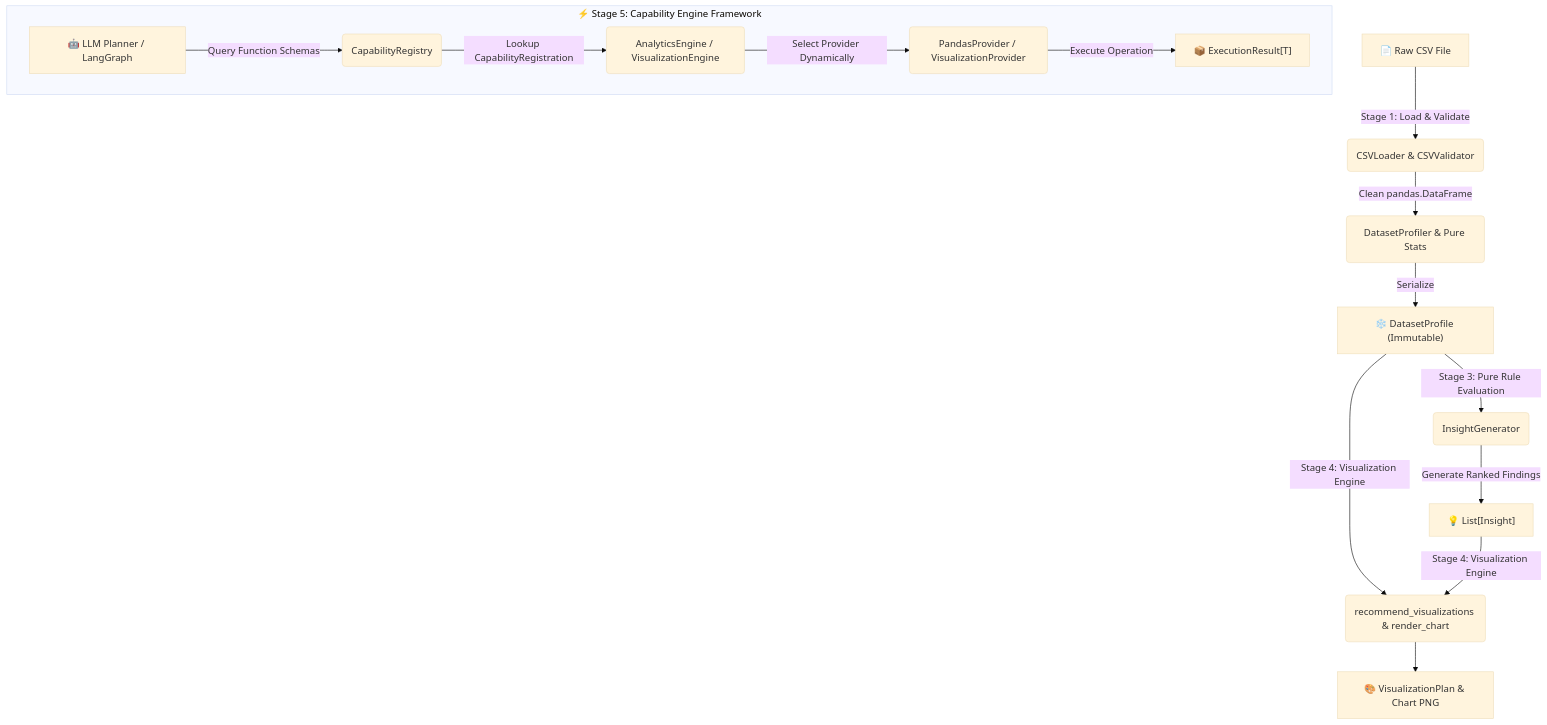
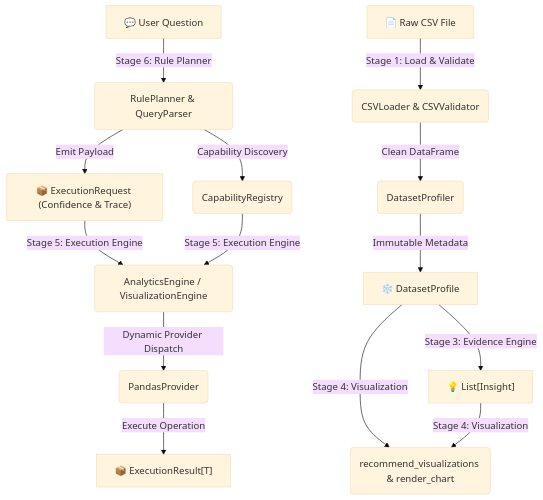
Before and after one commit to Vishaldave45/CSV-Analytics-Agent: the diagram in README.md, drawn with Mermaid (base theme). The commit also changed other lines of this file and 14 other files, not shown here.

Commit message:
feat(planner): implement deterministic rule-based planner

````diff
--- a/README.md
+++ b/README.md
@@ -45,17 +46,16 @@
 ```mermaid
 flowchart TD
-    A[📄 Raw CSV File] -->|Stage 1: Load & Validate| B(CSVLoader & CSVValidator)
-    B -->|Clean pandas.DataFrame| C(DatasetProfiler & Pure Stats)
-    C -->|Serialize| D["❄️ DatasetProfile (Immutable)"]
-    D -->|Stage 3: Pure Rule Evaluation| E(InsightGenerator)
-    E -->|Generate Ranked Findings| F["💡 List[Insight]"]
-    D & F -->|Stage 4: Visualization Engine| G(recommend_visualizations & render_chart)
-    G --> H["🎨 VisualizationPlan & Chart PNG"]
+    UserQuery["💬 User Question"] -->|Stage 6: Rule Planner| Planner(RulePlanner & QueryParser)
+    Planner -->|Capability Discovery| Reg(CapabilityRegistry)
+    Planner -->|Emit Payload| ExecReq["📦 ExecutionRequest (Confidence & Trace)"]
     
-    subgraph STAGE_5 ["⚡ Stage 5: Capability Engine Framework"]
-        I["🤖 LLM Planner / LangGraph"] -->|Query Function Schemas| J(CapabilityRegistry)
-        J -->|Lookup CapabilityRegistration| K(AnalyticsEngine / VisualizationEngine)
-        K -->|Select Provider Dynamically| L(PandasProvider / VisualizationProvider)
-        L -->|Execute Operation| M["📦 ExecutionResult[T]"]
-    end
+    RawCSV[📄 Raw CSV File] -->|Stage 1: Load & Validate| Loader(CSVLoader & CSVValidator)
+    Loader -->|Clean DataFrame| Profiler(DatasetProfiler)
+    Profiler -->|Immutable Metadata| Profile["❄️ DatasetProfile"]
+    Profile -->|Stage 3: Evidence Engine| Insights["💡 List[Insight]"]
+    Profile & Insights -->|Stage 4: Visualization| Viz(recommend_visualizations & render_chart)
+    
+    ExecReq & Reg -->|Stage 5: Execution Engine| Engine(AnalyticsEngine / VisualizationEngine)
+    Engine -->|Dynamic Provider Dispatch| Provider(PandasProvider)
+    Provider -->|Execute Operation| Result["📦 ExecutionResult[T]"]
 ```
````
